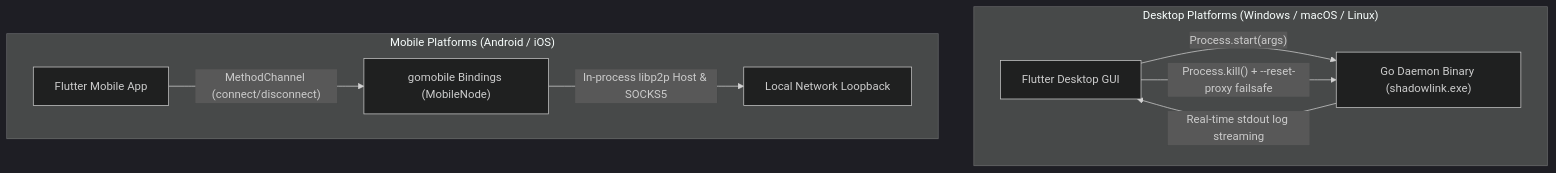
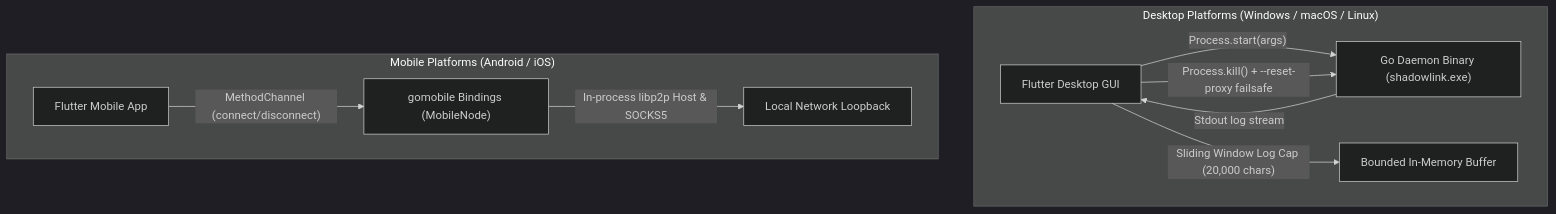
One commit to TUSHAR91316/ShadowLink changed the fourth of 4 diagrams in ARCHITECTURE.md. Above: the diagram before and after it, drawn with Mermaid (dark theme). The commit also changed other lines of this file and 5 other files, not shown here.

Commit message:
docs: update architecture, release notes, and benchmarks with peer caching and zero-allocation engine

````diff
--- a/ARCHITECTURE.md
+++ b/ARCHITECTURE.md
@@ -159,13 +170,14 @@
 ```mermaid
 graph TD
     subgraph "Desktop Platforms (Windows / macOS / Linux)"
         FlutterDesktop["Flutter Desktop GUI"] -->|"Process.start(args)"| DaemonProcess["Go Daemon Binary (shadowlink.exe)"]
-        DaemonProcess -->|"Real-time stdout log streaming"| FlutterDesktop
+        DaemonProcess -->|"Stdout log stream"| FlutterDesktop
+        FlutterDesktop -->|"Sliding Window Log Cap (20,000 chars)"| TelemetryBuffer["Bounded In-Memory Buffer"]
         FlutterDesktop -->|"Process.kill() + --reset-proxy failsafe"| DaemonProcess
     end
 
     subgraph "Mobile Platforms (Android / iOS)"
         FlutterMobile["Flutter Mobile App"] -->|"MethodChannel (connect/disconnect)"| MobileBindings["gomobile Bindings (MobileNode)"]
         MobileBindings -->|"In-process libp2p Host & SOCKS5"| NetworkInterface["Local Network Loopback"]
     end
 ```
````
